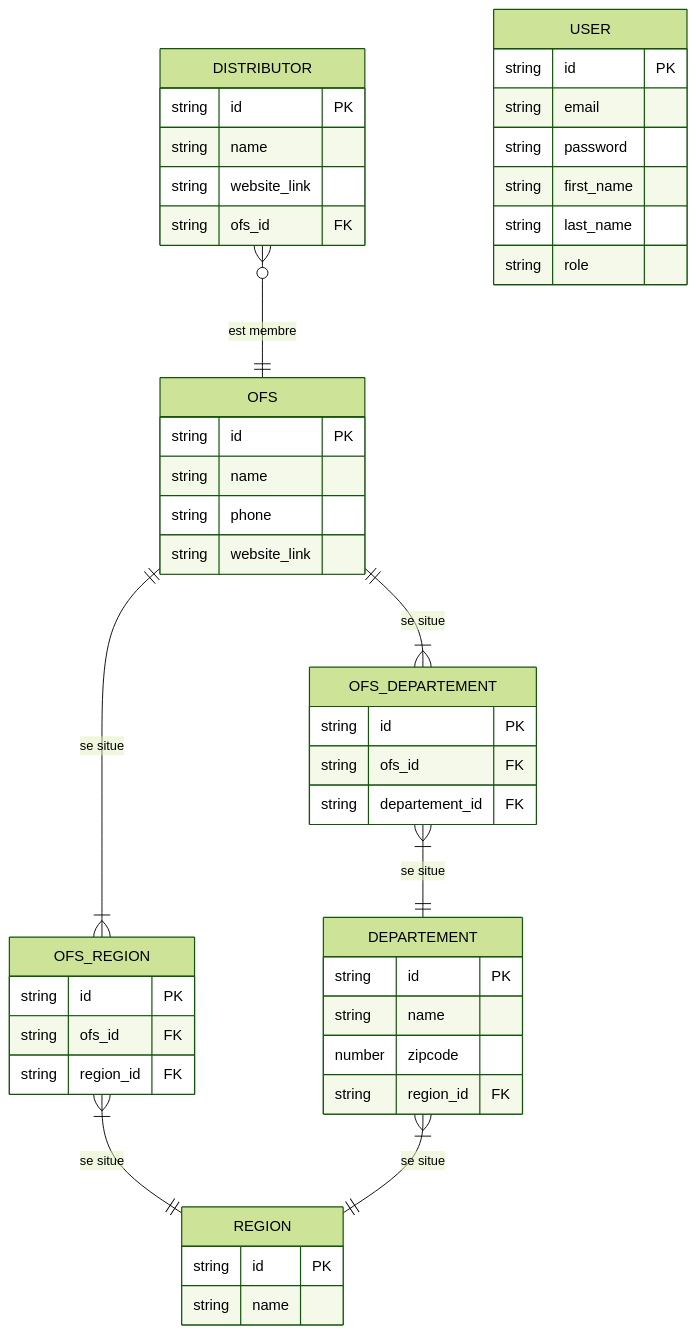
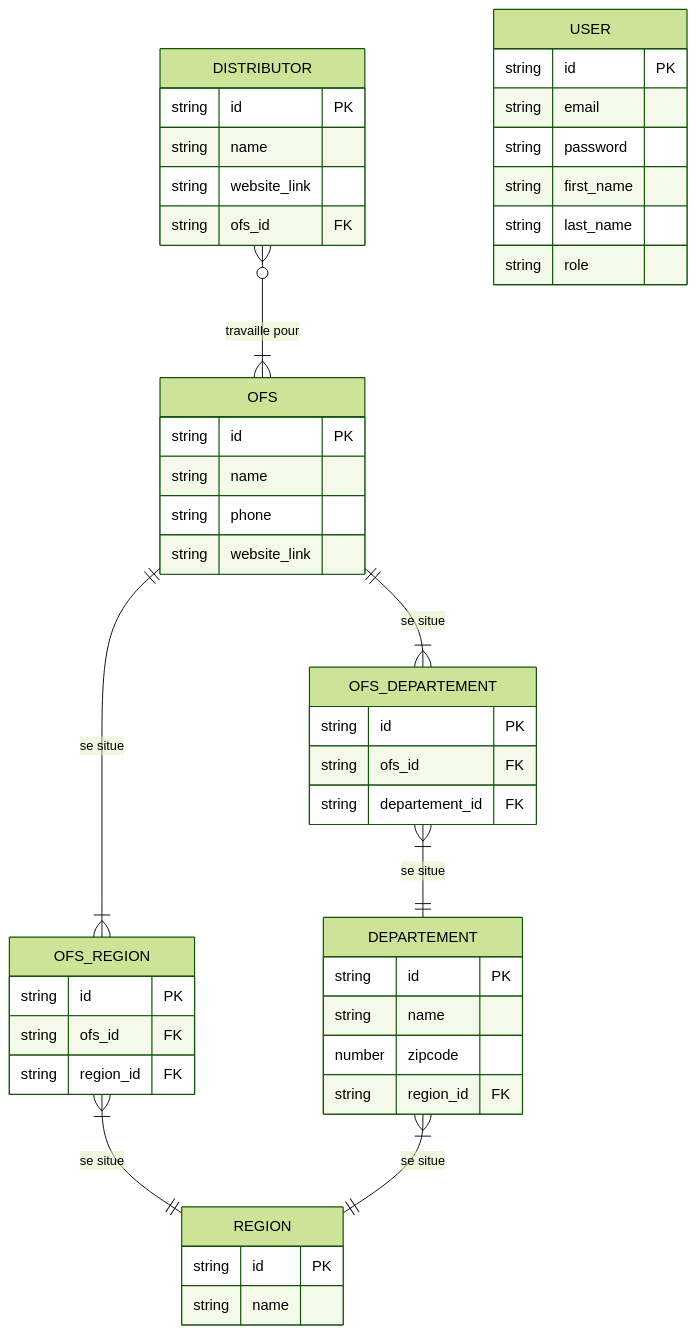
The diagram in apps/backend/doc/entities-relationships-diagram.mermaid (MTES-MCT/boris), drawn with Mermaid (forest theme) before and after one commit. The commit also changed 24 other files, not shown here.

```diff
--- a/apps/backend/doc/entities-relationships-diagram.mermaid
+++ b/apps/backend/doc/entities-relationships-diagram.mermaid
@@ -1,64 +1,64 @@
 erDiagram
     %% -------------------
     %% |  RELATIONSHIPS  |
     %% -------------------
 
     OFS ||--|{ OFS_REGION : "se situe"
     OFS_REGION }|--|| REGION : "se situe"
     OFS ||--|{ OFS_DEPARTEMENT : "se situe"
     OFS_DEPARTEMENT }|--|| DEPARTEMENT : "se situe"
     DEPARTEMENT }|--|| REGION : "se situe"
-    DISTRIBUTOR }o--|| OFS : "est membre"
+    DISTRIBUTOR }o--|{ OFS : "travaille pour"
 
     %% todo: confirmer le type de relation entre DISTRIBUTOR et OFS
 
     %% -------------------
     %% |    ENTITIES     |
     %% -------------------
 
     OFS {
         string id PK
         string name
         string phone
         string website_link
     }
 
     REGION {
       string id PK
       string name
     }
 
     OFS_REGION {
       string id PK
       string ofs_id FK
       string region_id FK
     }
 
     DEPARTEMENT {
       string id PK
       string name
       number zipcode
       string region_id FK
     }
 
     OFS_DEPARTEMENT {
       string id PK
       string ofs_id FK
       string departement_id FK
     }
 
     DISTRIBUTOR {
       string id PK
       string name
       string website_link
       string ofs_id FK
     }
 
     USER {
       string id PK
       string email
       string password
       string first_name
       string last_name
       string role
     }
```
